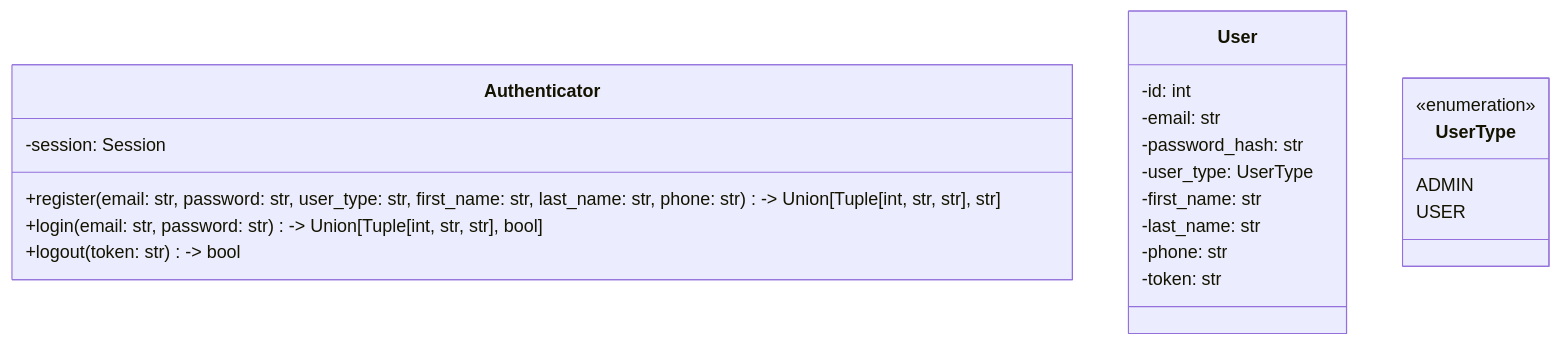
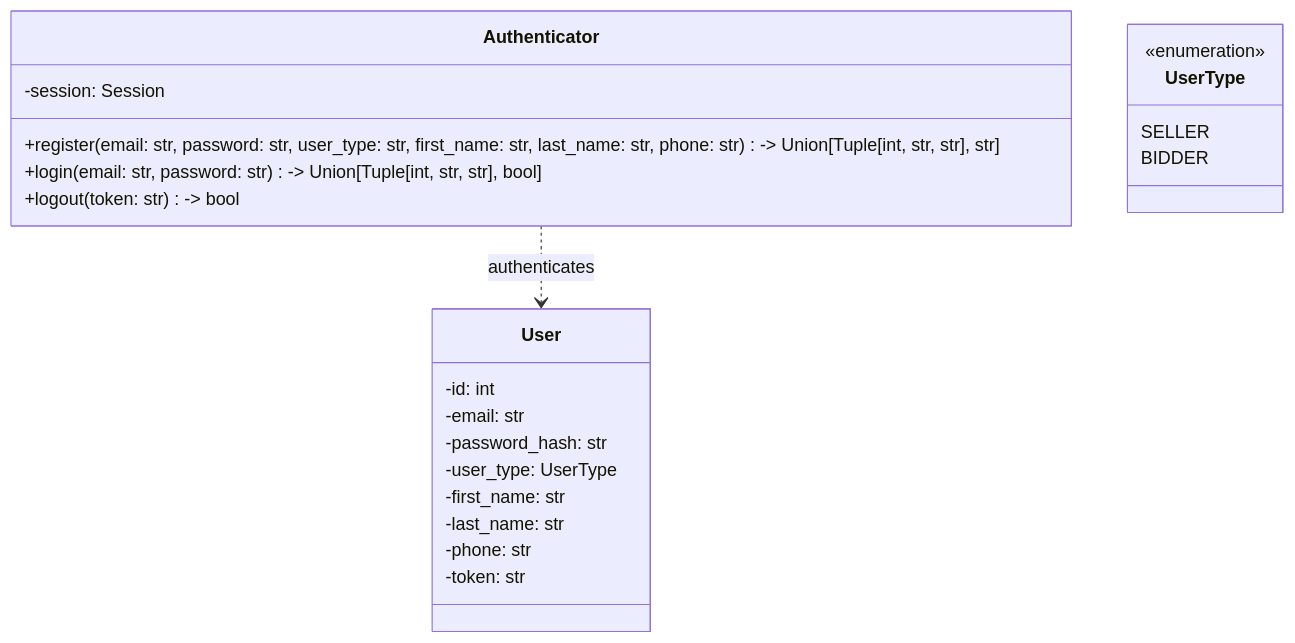
One commit to horlali/distributed-auction-system changed the diagram in docs/auth_class_diagram.md. Above: the diagram before and after it, drawn with Mermaid. The commit also changed other lines of this file and 4 other files, not shown here.

````diff
--- a/docs/auth_class_diagram.md
+++ b/docs/auth_class_diagram.md
@@ -3,24 +3,25 @@
 ```mermaid
 classDiagram
     class Authenticator {
         -session: Session
         +register(email: str, password: str, user_type: str, first_name: str, last_name: str, phone: str) -> Union[Tuple[int, str, str], str]
         +login(email: str, password: str) -> Union[Tuple[int, str, str], bool]
         +logout(token: str) -> bool
     }
     class User {
         -id: int
         -email: str
         -password_hash: str
         -user_type: UserType
         -first_name: str
         -last_name: str
         -phone: str
         -token: str
     }
     class UserType {
         <<enumeration>>
-        ADMIN
-        USER
+        SELLER
+        BIDDER
     }
+    Authenticator ..> User : authenticates
 ```
````
